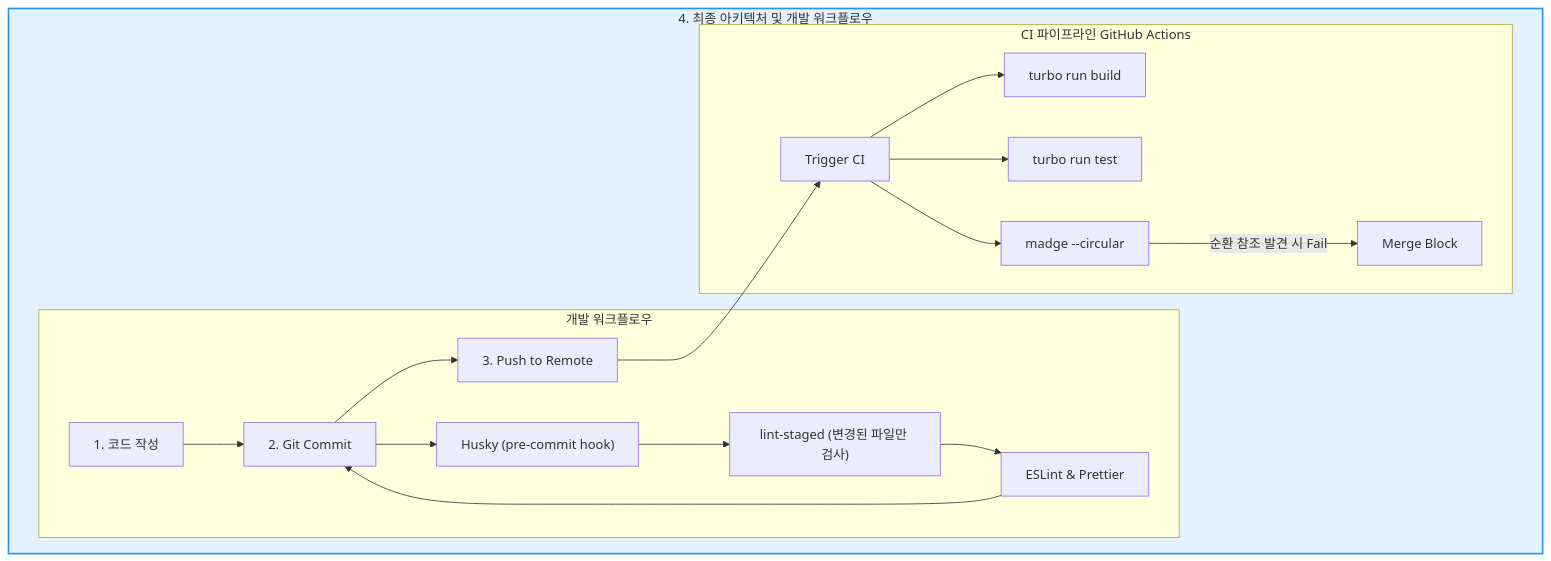
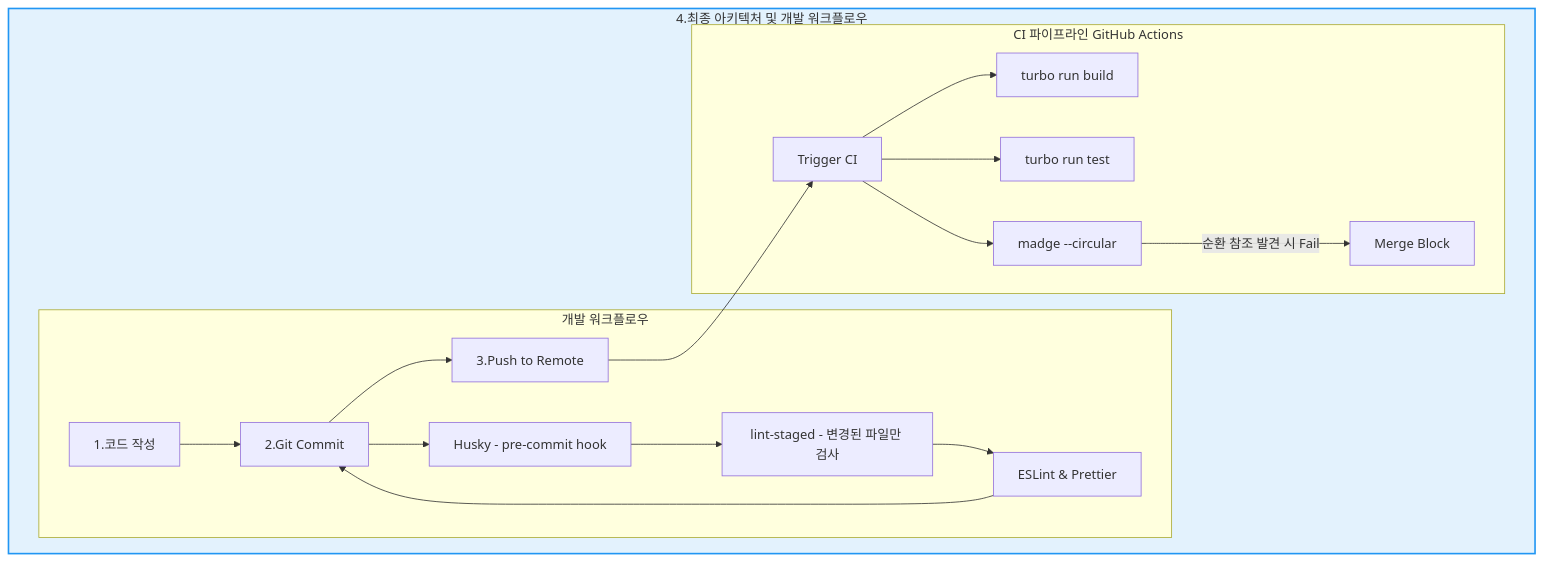
The fourth of 9 diagrams in _posts/Git_Blog/AiTodo/Frontend/2025-06-24-ai_todo_3_f_react_architecture.md (ramyo564/git_blog), drawn with Mermaid before and after one commit. The commit also changed other lines of this file and 1 other file, not shown here.

````diff
--- a/_posts/Git_Blog/AiTodo/Frontend/2025-06-24-ai_todo_3_f_react_architecture.md
+++ b/_posts/Git_Blog/AiTodo/Frontend/2025-06-24-ai_todo_3_f_react_architecture.md
@@ -209,28 +232,28 @@
 ```mermaid
 graph TD
-    subgraph Phase4_Final [4. 최종 아키텍처 및 개발 워크플로우];
+    subgraph Phase4_Final [4.최종 아키텍처 및 개발 워크플로우];
         direction LR;
         style Phase4_Final fill:#E3F2FD,stroke:#2196F3,stroke-width:2px;
 
         subgraph DevWorkflow [개발 워크플로우];
-            Code["1. 코드 작성"];
-            Commit["2. Git Commit"];
-            Push["3. Push to Remote"];
+            Code[1.코드 작성];
+            Commit[2.Git Commit];
+            Push[3.Push to Remote];
 
             Code --> Commit;
             Commit --> Husky;
-            Husky["Husky (pre-commit hook)"] --> LintStaged["lint-staged (변경된 파일만 검사)"];
+            Husky["Husky - pre-commit hook"] --> LintStaged["lint-staged - 변경된 파일만 검사"];
             LintStaged --> Linters["ESLint & Prettier"];
             Linters --> Commit;
             Commit --> Push;
         end
 
         subgraph CI_Pipeline [CI 파이프라인 GitHub Actions];
             Push --> TriggerCI["Trigger CI"];
             TriggerCI --> TurboBuild["turbo run build"];
             TriggerCI --> TurboTest["turbo run test"];
             TriggerCI --> MadgeCheck["madge --circular"];
             MadgeCheck -- "순환 참조 발견 시 Fail" --> MergeBlock["Merge Block"];
         end
     end
 ```
````
